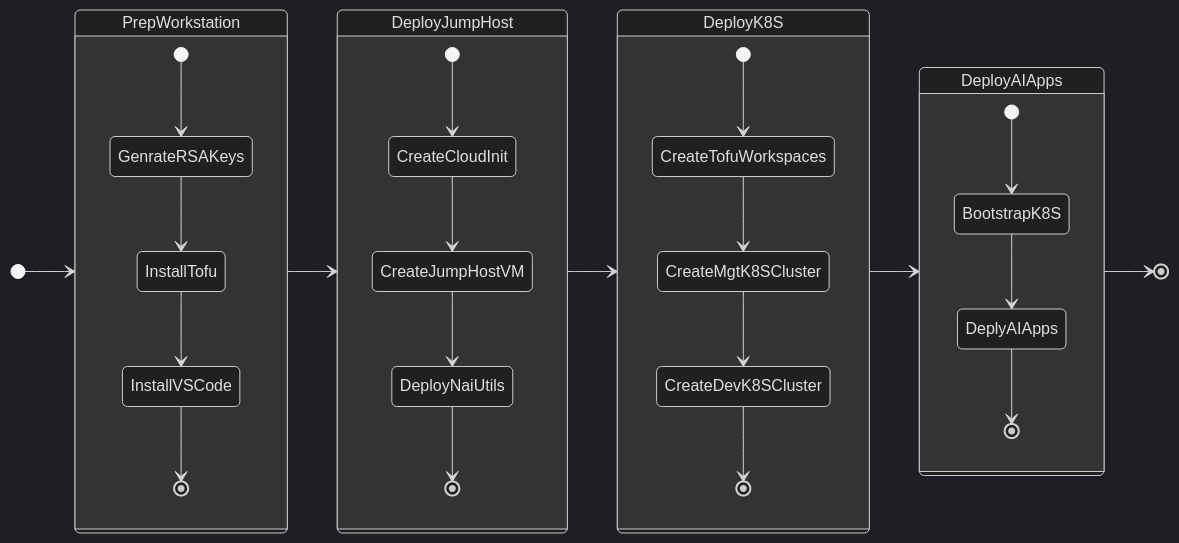
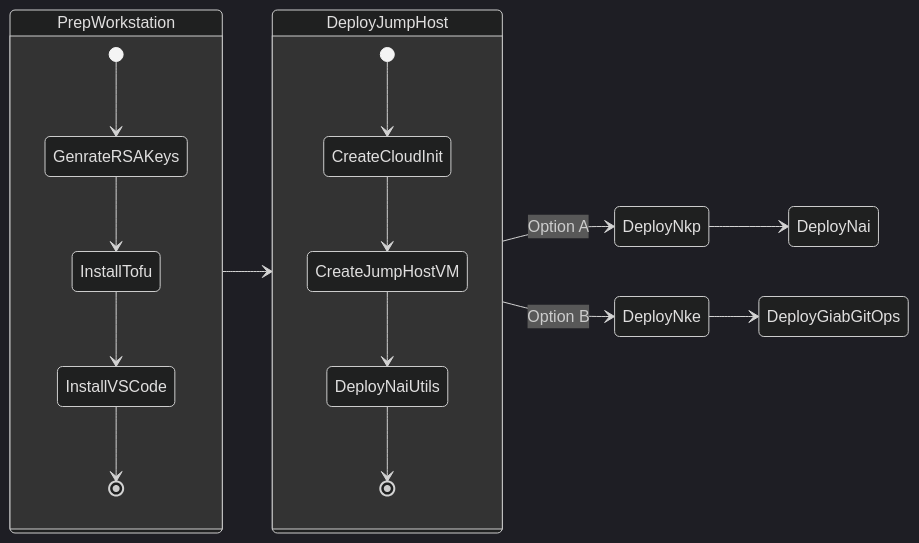
Before and after one commit to nutanix-japan/nai-llm: the first of 3 diagrams in docs/infra/index.md, drawn with Mermaid (dark theme). The commit also changed other lines of this file and 7 other files, not shown here.

````diff
--- a/docs/infra/index.md
+++ b/docs/infra/index.md
@@ -11,34 +10,24 @@
 ```mermaid
 stateDiagram-v2
     direction LR
     
     state PrepWorkstation {
         [*] --> GenrateRSAKeys
         GenrateRSAKeys --> InstallTofu
         InstallTofu --> InstallVSCode
         InstallVSCode --> [*]
     }
+
     state DeployJumpHost {
         [*] --> CreateCloudInit
         CreateCloudInit --> CreateJumpHostVM
         CreateJumpHostVM --> DeployNaiUtils
         DeployNaiUtils --> [*]
     }
-    state DeployK8S {
-        [*] --> CreateTofuWorkspaces
-        CreateTofuWorkspaces --> CreateMgtK8SCluster
-        CreateMgtK8SCluster --> CreateDevK8SCluster
-        CreateDevK8SCluster --> [*]
-    }
-    state DeployAIApps {
-        [*] --> BootstrapK8S
-        BootstrapK8S --> DeplyAIApps
-        DeplyAIApps --> [*]
-    }
 
-    [*] --> PrepWorkstation
-    PrepWorkstation --> DeployJumpHost
-    DeployJumpHost --> DeployK8S
-    DeployK8S --> DeployAIApps
-    DeployAIApps --> [*]
+    PrepWorkstation --> DeployJumpHost 
+    DeployJumpHost --> DeployNkp : Option A
+    DeployNkp --> DeployNai
+    DeployJumpHost --> DeployNke : Option B
+    DeployNke --> DeployGiabGitOps
 ```
````
